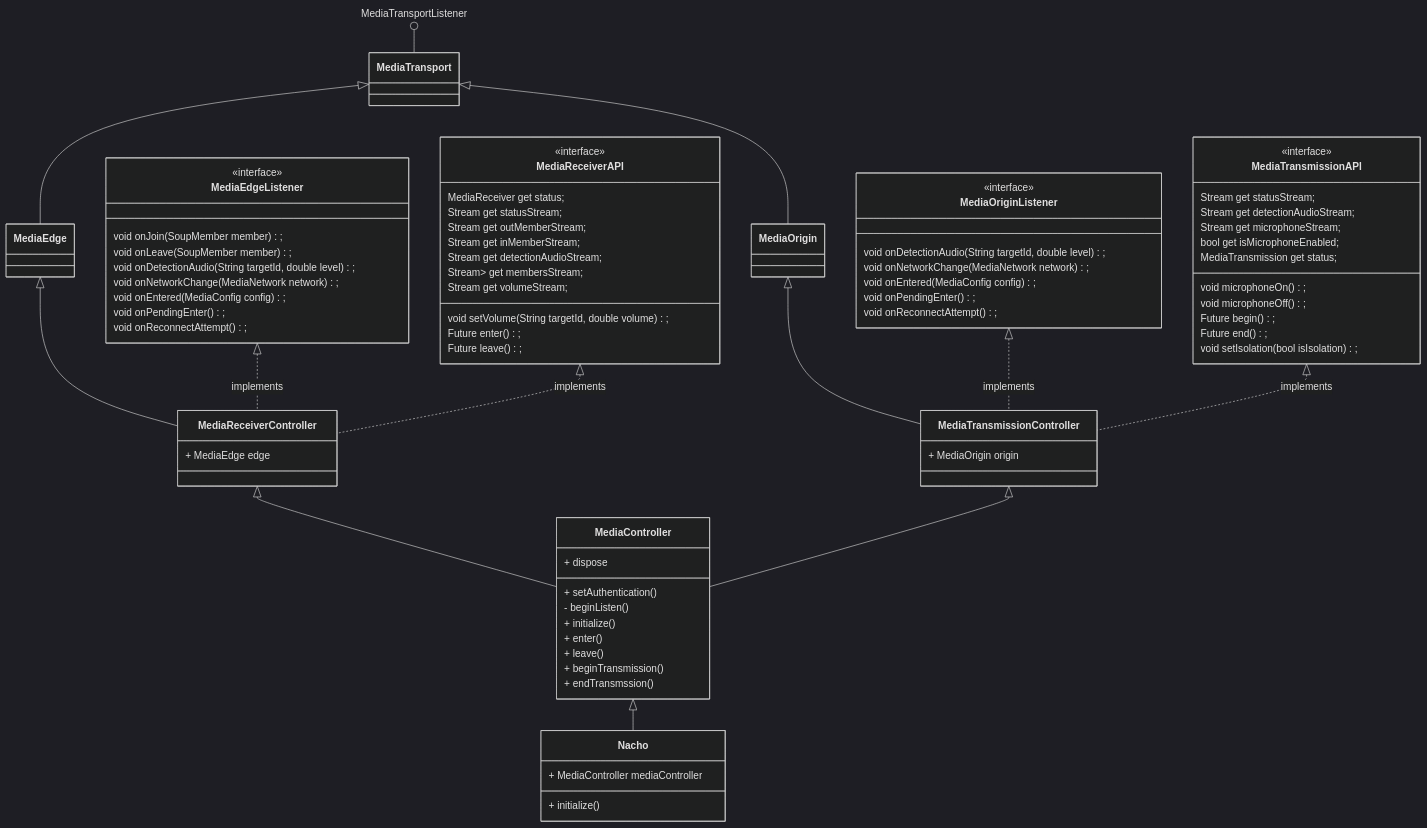
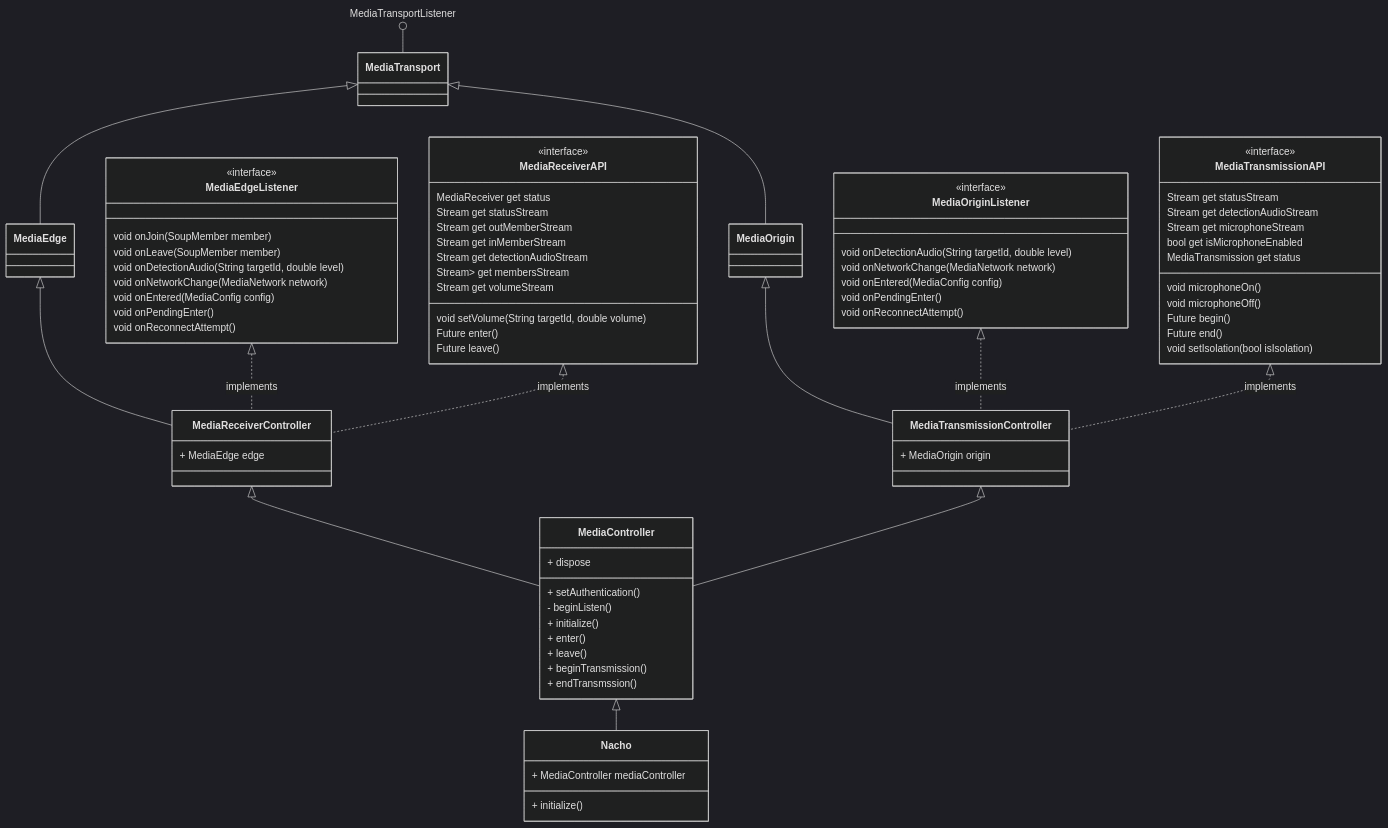
The diagram in WebRTC & Audio/241223.md (yunyezl/TIL), drawn with Mermaid (dark theme) before and after one commit.

Commit message:
remove `;`in class diagram

```diff
--- a/WebRTC & Audio/241223.md
+++ b/WebRTC & Audio/241223.md
@@ -29,52 +29,52 @@
 
     class MediaReceiverAPI {
         <<interface>>
-        MediaReceiver get status;
-        Stream<MediaReceiver> get statusStream;
-        Stream<SoupMember> get outMemberStream;
-        Stream<SoupMember> get inMemberStream;
-        Stream<SoupAudioLevel> get detectionAudioStream;
-        Stream<List<SoupMember>> get membersStream;
-        Stream<SoupVolume> get volumeStream;
-        void setVolume(String targetId, double volume);
-        Future<MediaResult> enter();
-        Future<MediaResult> leave();
+        MediaReceiver get status
+        Stream<MediaReceiver> get statusStream
+        Stream<SoupMember> get outMemberStream
+        Stream<SoupMember> get inMemberStream
+        Stream<SoupAudioLevel> get detectionAudioStream
+        Stream<List<SoupMember>> get membersStream
+        Stream<SoupVolume> get volumeStream
+        void setVolume(String targetId, double volume)
+        Future<MediaResult> enter()
+        Future<MediaResult> leave()
     }
 
     class MediaTransmissionAPI {
         <<interface>>
-        Stream<MediaTransmission> get statusStream;
-        Stream<SoupAudioLevel> get detectionAudioStream;
-        Stream<bool> get microphoneStream;
-        bool get isMicrophoneEnabled;
+        Stream<MediaTransmission> get statusStream
+        Stream<SoupAudioLevel> get detectionAudioStream
+        Stream<bool> get microphoneStream
+        bool get isMicrophoneEnabled
+        MediaTransmission get status
 
-        void microphoneOn();
-        void microphoneOff();
+        void microphoneOn()
+        void microphoneOff()
 
-        Future<MediaResult> begin();
-        Future<MediaResult> end();
-        MediaTransmission get status;
-        void setIsolation(bool isIsolation);
+        Future<MediaResult> begin()
+        Future<MediaResult> end()
+        void setIsolation(bool isIsolation)
     }
 
     class MediaEdgeListener {
         <<interface>>
-        void onJoin(SoupMember member);
-        void onLeave(SoupMember member);
-        void onDetectionAudio(String targetId, double level);
-        void onNetworkChange(MediaNetwork network);
-        void onEntered(MediaConfig config);
-        void onPendingEnter();
-        void onReconnectAttempt();
+        void onJoin(SoupMember member)
+        void onLeave(SoupMember member)
+        void onDetectionAudio(String targetId, double level)
+        void onNetworkChange(MediaNetwork network)
+        void onEntered(MediaConfig config)
+        void onPendingEnter()
+        void onReconnectAttempt()
     }
 
     class MediaOriginListener {
         <<interface>>
-        void onDetectionAudio(String targetId, double level);
-        void onNetworkChange(MediaNetwork network);
-        void onEntered(MediaConfig config);
-        void onPendingEnter();
-        void onReconnectAttempt();
+        void onDetectionAudio(String targetId, double level)
+        void onNetworkChange(MediaNetwork network)
+        void onEntered(MediaConfig config)
+        void onPendingEnter()
+        void onReconnectAttempt()
     }
 
     class MediaReceiverController {
```
